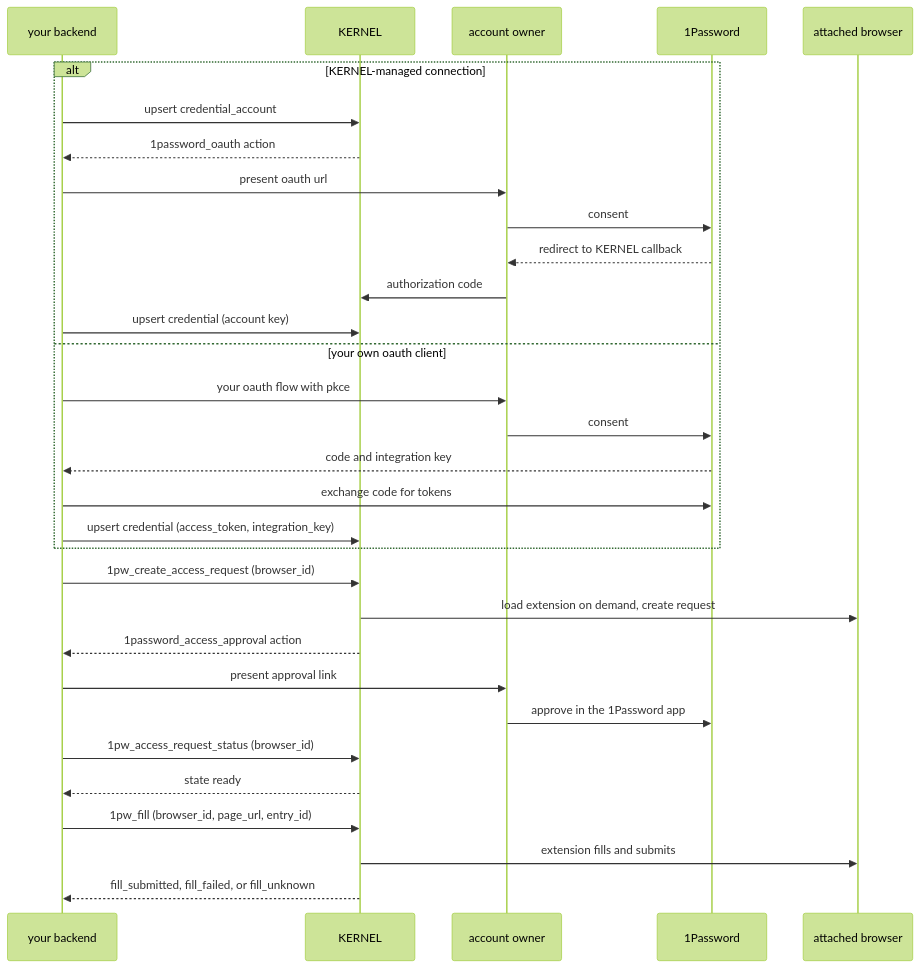
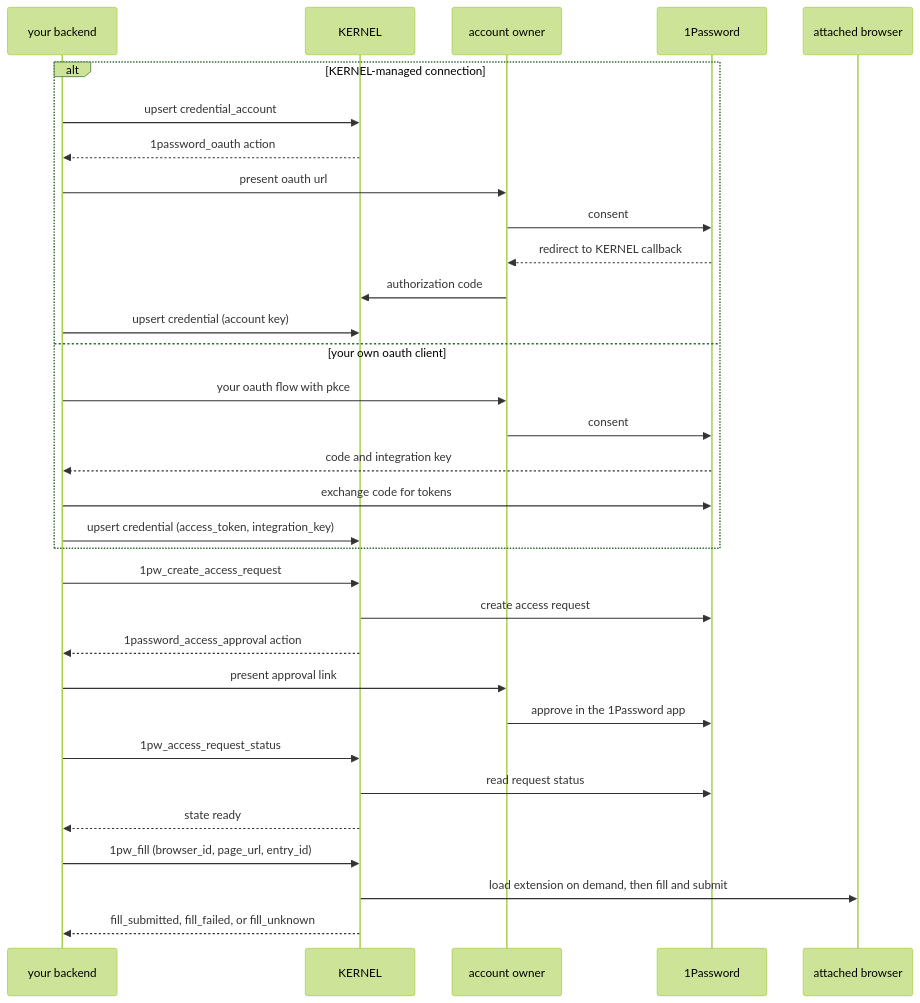
Before and after one commit to kernel/docs: the diagram in vaults/1password.mdx, drawn with Mermaid (forest theme). The commit also changed other lines of this file, not shown here.

Commit message:
Document browserless 1Password access requests (#686)

````diff
--- a/vaults/1password.mdx
+++ b/vaults/1password.mdx
@@ -117,33 +119,34 @@
 ```mermaid
 sequenceDiagram
   participant App as your backend
   participant K as KERNEL
   participant U as account owner
   participant OP as 1Password
   participant B as attached browser
   alt KERNEL-managed connection
     App->>K: upsert credential_account
     K-->>App: 1password_oauth action
     App->>U: present oauth url
     U->>OP: consent
     OP-->>U: redirect to KERNEL callback
     U->>K: authorization code
     App->>K: upsert credential (account key)
   else your own oauth client
     App->>U: your oauth flow with pkce
     U->>OP: consent
     OP-->>App: code and integration key
     App->>OP: exchange code for tokens
     App->>K: upsert credential (access_token, integration_key)
   end
-  App->>K: 1pw_create_access_request (browser_id)
-  K->>B: load extension on demand, create request
+  App->>K: 1pw_create_access_request
+  K->>OP: create access request
   K-->>App: 1password_access_approval action
   App->>U: present approval link
   U->>OP: approve in the 1Password app
-  App->>K: 1pw_access_request_status (browser_id)
+  App->>K: 1pw_access_request_status
+  K->>OP: read request status
   K-->>App: state ready
   App->>K: 1pw_fill (browser_id, page_url, entry_id)
-  K->>B: extension fills and submits
+  K->>B: load extension on demand, then fill and submit
   K-->>App: fill_submitted, fill_failed, or fill_unknown
 ```
````
